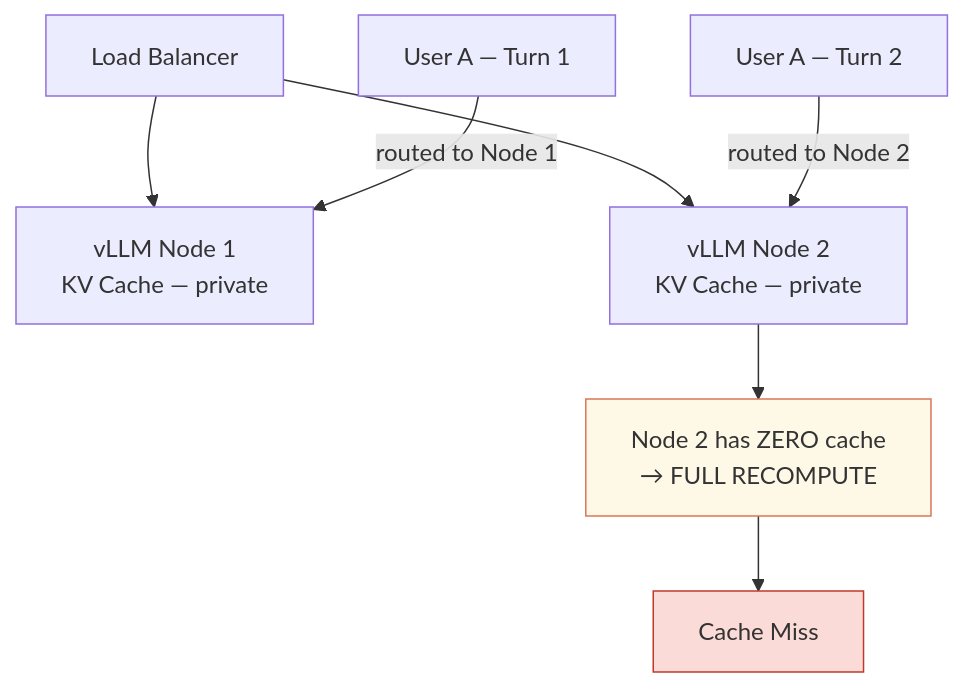
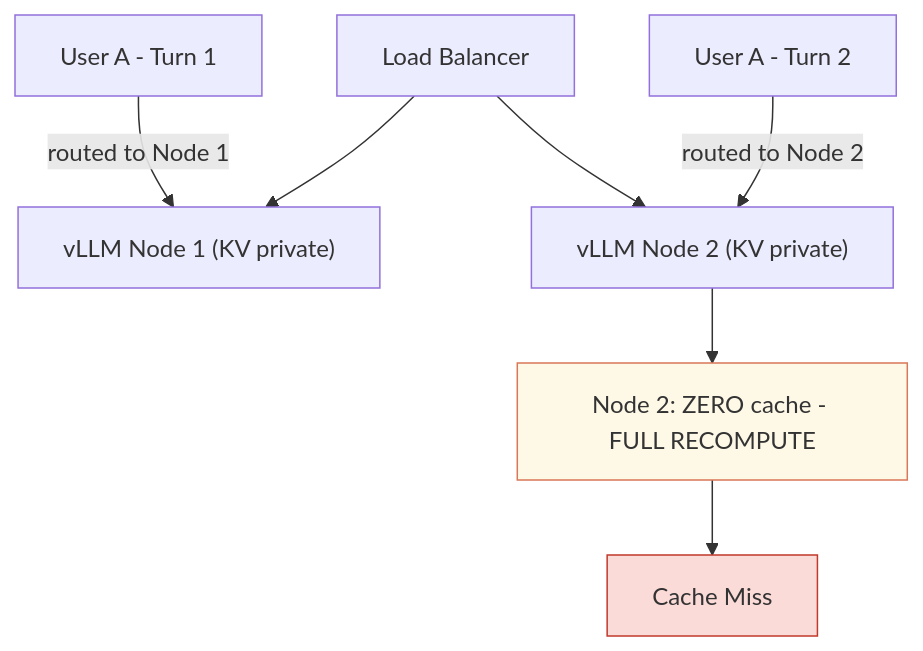
Before and after one commit to sac34333/aiharness: the first of 2 diagrams in docs/guide/kv-cache.md, drawn with Mermaid.

Commit message:
Fix multi-node diagram: single-line labels to prevent Mermaid node clipping

````diff
--- a/docs/guide/kv-cache.md
+++ b/docs/guide/kv-cache.md
@@ -84,14 +84,13 @@
 ```mermaid
 graph TD
     LB["Load Balancer"]
-    LB --> N1["vLLM Node 1<br/>KV Cache — private"]
-    LB --> N2["vLLM Node 2<br/>KV Cache — private"]
-
-    U1["User A — Turn 1"] -->|routed to Node 1| N1
-    U1T2["User A — Turn 2"] -->|routed to Node 2| N2
-    N2 --> NOTE["Node 2 has ZERO cache<br/>→ FULL RECOMPUTE"]
+    U1["User A - Turn 1"] -->|routed to Node 1| N1
+    U1T2["User A - Turn 2"] -->|routed to Node 2| N2
+    LB --> N1["vLLM Node 1 (KV private)"]
+    LB --> N2["vLLM Node 2 (KV private)"]
+    N2 --> NOTE["Node 2: ZERO cache - FULL RECOMPUTE"]
     NOTE --> MISS["Cache Miss"]
 
     style MISS fill:#FADBD8,stroke:#C0392B
     style NOTE fill:#FEF9E7,stroke:#D97757
 ```
````
